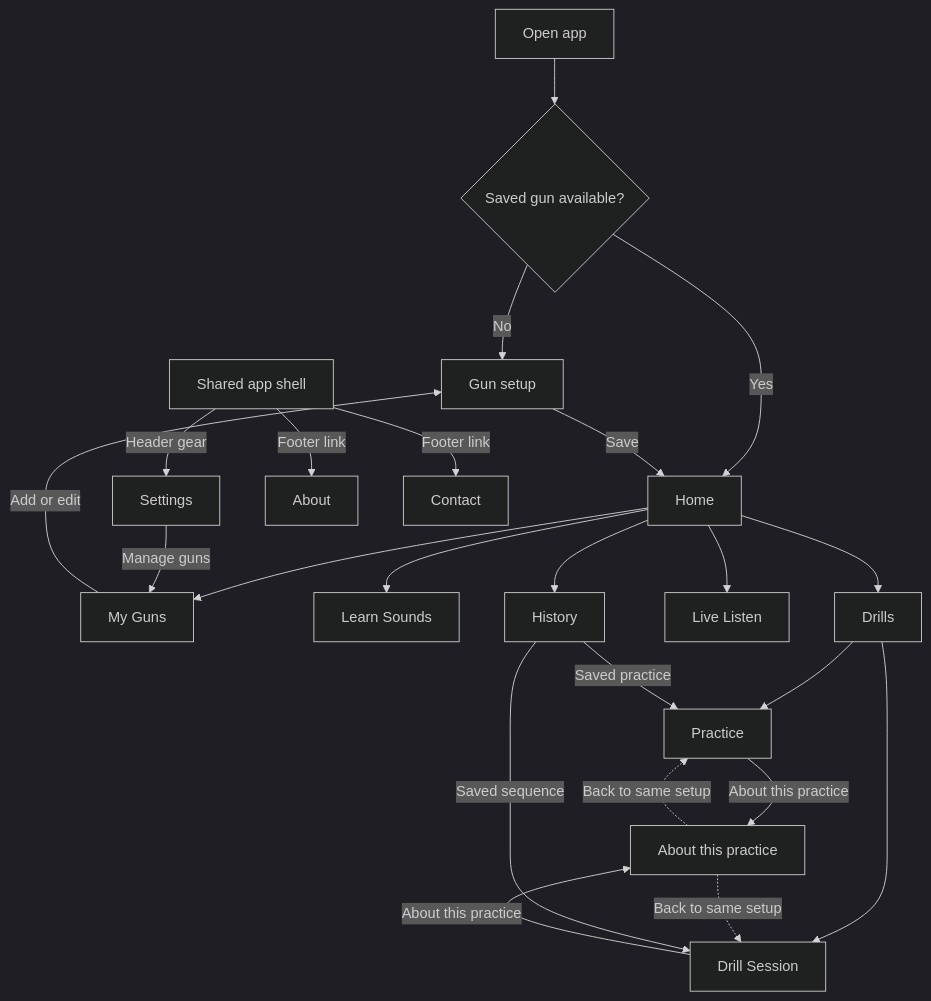
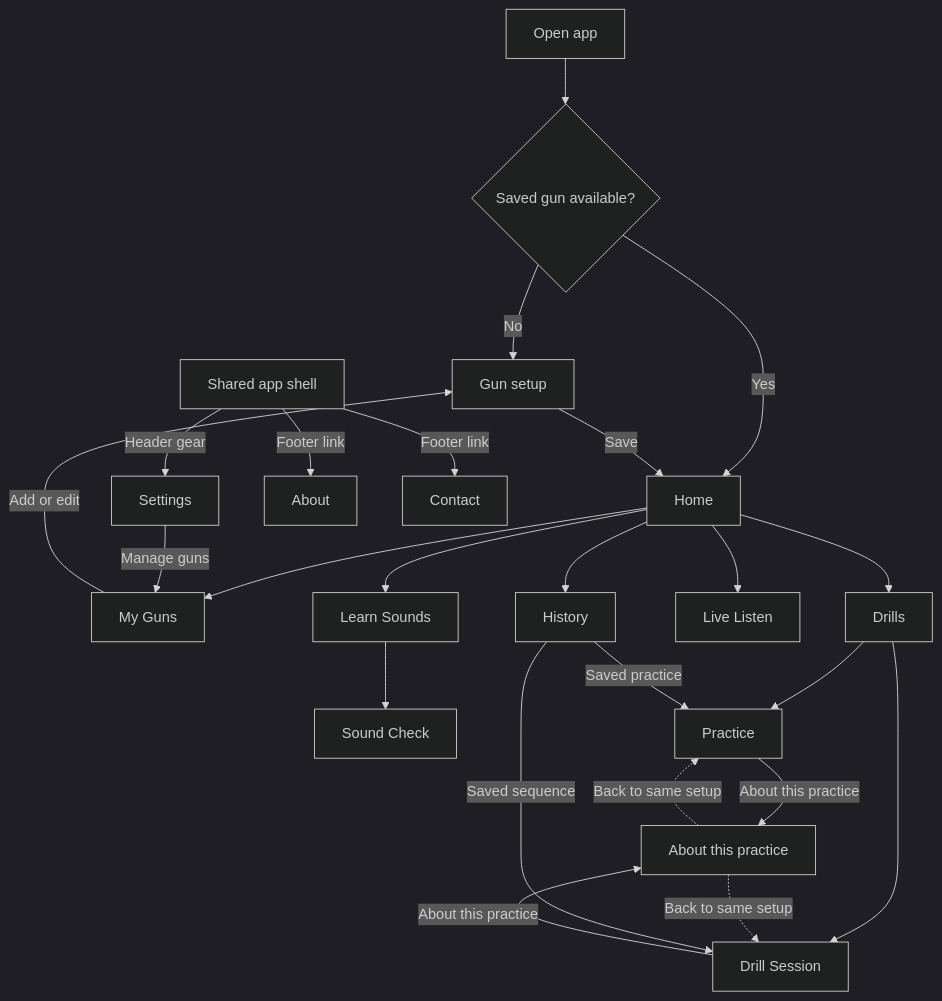
The diagram in docs/architecture/application-sitemap.md (matosaru/dryfire), drawn with Mermaid (dark theme) before and after one commit. The commit also changed other lines of this file and 101 other files, not shown here.

Commit message:
feat: complete guided sound check workflow

````diff
--- a/docs/architecture/application-sitemap.md
+++ b/docs/architecture/application-sitemap.md
@@ -7,38 +7,40 @@
 ```mermaid
 flowchart TD
   entry["Open app"] --> saved{"Saved gun available?"}
   saved -- No --> gunSetup
   saved -- Yes --> home
   gunSetup["Gun setup"]
   home["Home"]
   guns["My Guns"]
   learn["Learn Sounds"]
+  soundCheck["Sound Check"]
   drills["Drills"]
   practice["Practice"]
   session["Drill Session"]
   practiceGuide["About this practice"]
   recognize["Live Listen"]
   history["History"]
   settings["Settings"]
   about["About"]
   contact["Contact"]
   gunSetup -- Save --> home
   home --> guns
   home --> learn
+  learn --> soundCheck
   home --> drills
   drills --> practice
   drills --> session
   home --> recognize
   home --> history
   guns -- Add or edit --> gunSetup
   practice -- About this practice --> practiceGuide
   session -- About this practice --> practiceGuide
   practiceGuide -. Back to same setup .-> practice
   practiceGuide -. Back to same setup .-> session
   history -- Saved practice --> practice
   history -- Saved sequence --> session
   chrome["Shared app shell"] -- Header gear --> settings
   chrome -- Footer link --> about
   chrome -- Footer link --> contact
   settings -- Manage guns --> guns
 ```
````
